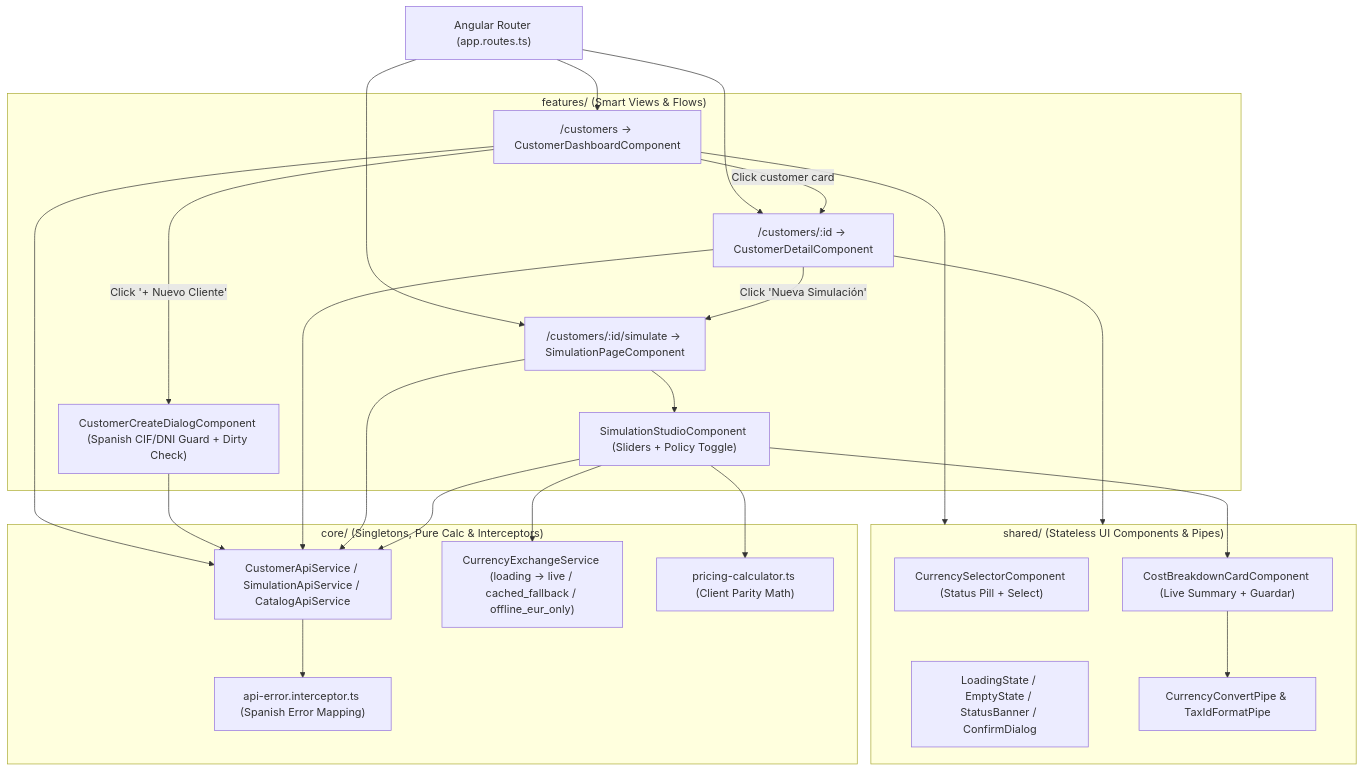
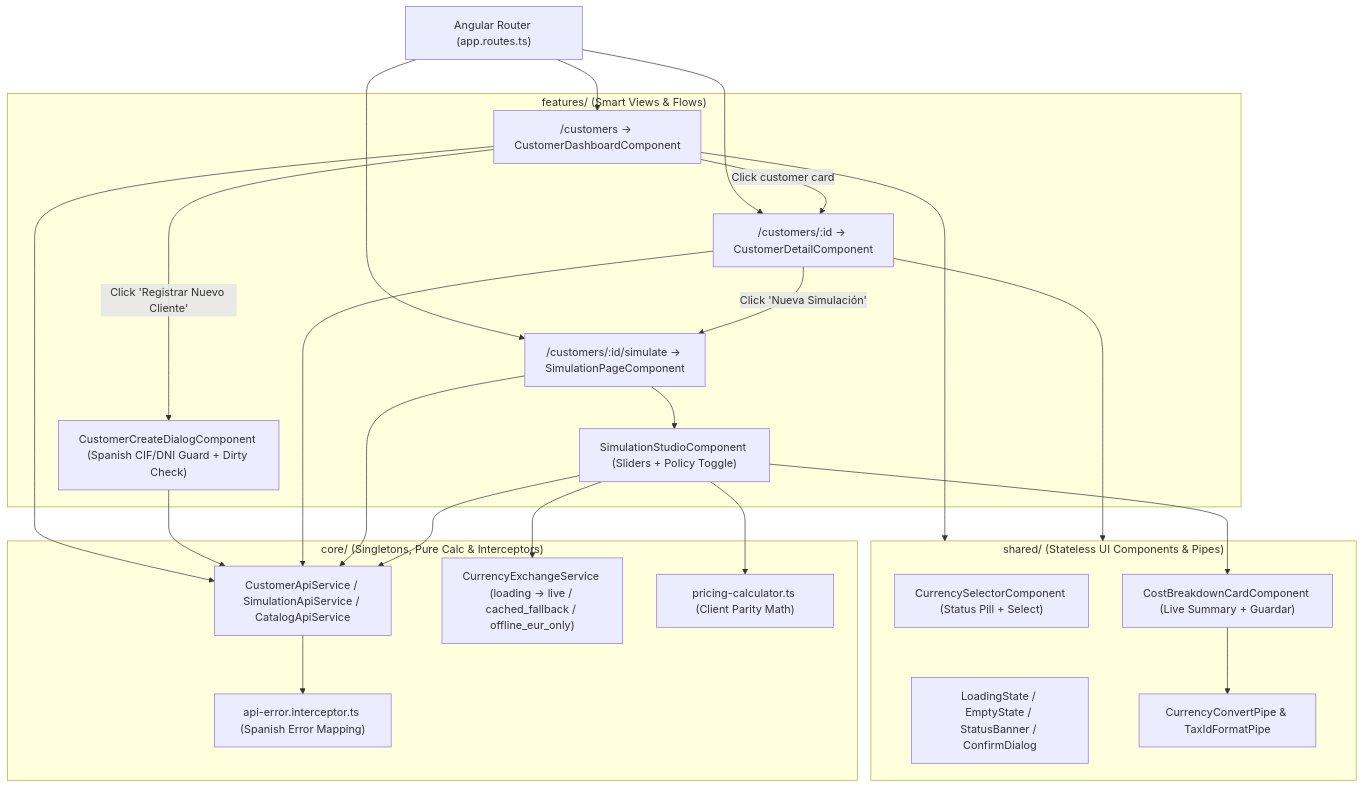
One commit to elegarc/saas_o_matic changed the fourth of 4 diagrams in README.md. Above: the diagram before and after it, drawn with Mermaid. The commit also changed other lines of this file, not shown here.

Commit message:
docs: update README with comprehensive system architecture, setup, and test instructions

````diff
--- a/README.md
+++ b/README.md
@@ -152,40 +234,40 @@
 ```mermaid
 flowchart TD
     Router["Angular Router (app.routes.ts)"] --> Dash["/customers -> CustomerDashboardComponent"]
     Router --> Detail["/customers/:id -> CustomerDetailComponent"]
     Router --> SimPage["/customers/:id/simulate -> SimulationPageComponent"]
 
     subgraph Features["features/ (Smart Views & Flows)"]
-        Dash -->|"Click '+ Nuevo Cliente'"| CreateDlg["CustomerCreateDialogComponent (Spanish CIF/DNI Guard + Dirty Check)"]
+        Dash -->|"Click 'Registrar Nuevo Cliente'"| CreateDlg["CustomerCreateDialogComponent (Spanish CIF/DNI Guard + Dirty Check)"]
         Dash -->|"Click customer card"| Detail
         Detail -->|"Click 'Nueva Simulación'"| SimPage
         SimPage --> Studio["SimulationStudioComponent (Sliders + Policy Toggle)"]
     end
 
     subgraph Shared["shared/ (Stateless UI Components & Pipes)"]
         CurSel["CurrencySelectorComponent (Status Pill + Select)"]
         Breakdown["CostBreakdownCardComponent (Live Summary + Guardar)"]
         States["LoadingState / EmptyState / StatusBanner / ConfirmDialog"]
         Pipes["CurrencyConvertPipe & TaxIdFormatPipe"]
     end
 
     subgraph Core["core/ (Singletons, Pure Calc & Interceptors)"]
         Http["CustomerApiService / SimulationApiService / CatalogApiService"]
         FXSvc["CurrencyExchangeService (loading -> live / cached_fallback / offline_eur_only)"]
         CalcUtil["pricing-calculator.ts (Client Parity Math)"]
         ErrInt["api-error.interceptor.ts (Spanish Error Mapping)"]
     end
 
     Dash --> Shared
     Detail --> Shared
     Studio --> Breakdown
     Dash --> Http
     CreateDlg --> Http
     Detail --> Http
     SimPage --> Http
     Studio --> Http
     Studio --> CalcUtil
     Studio --> FXSvc
     Breakdown --> Pipes
     Http --> ErrInt
 ```
````
